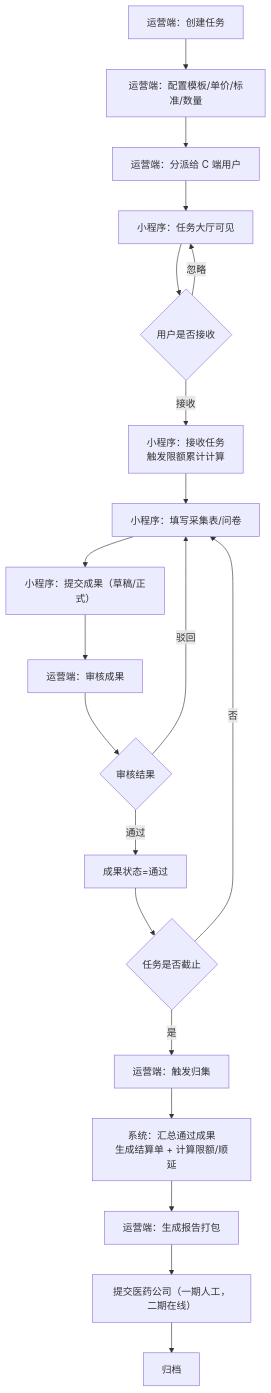
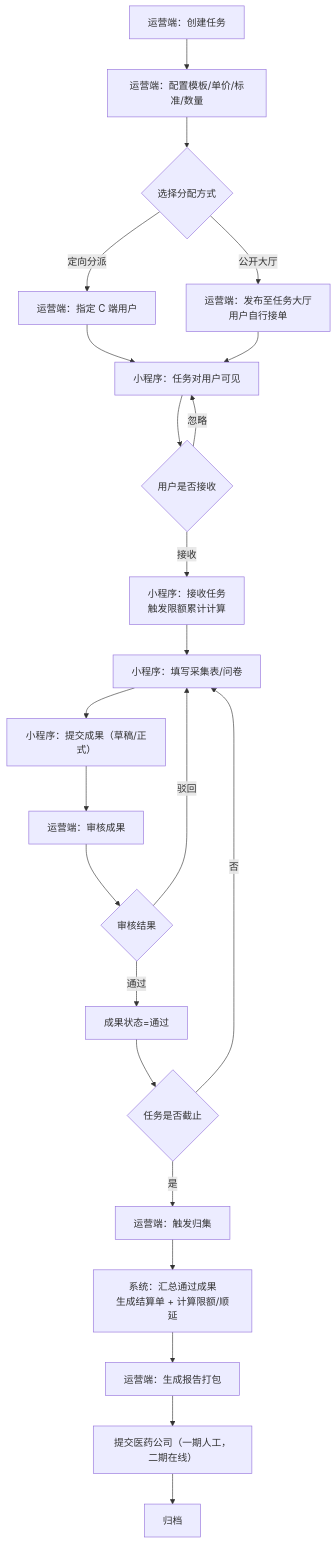
The first of 10 diagrams in docs/03-流程与状态流转.md (Echo-Note/FastapiAdmin), drawn with Mermaid before and after one commit. The commit also changed other lines of this file and 33 other files, not shown here.

````diff
--- a/docs/03-流程与状态流转.md
+++ b/docs/03-流程与状态流转.md
@@ -13,22 +13,25 @@
 ```mermaid
 flowchart TD
     A[运营端：创建任务] --> B[运营端：配置模板/单价/标准/数量]
-    B --> C[运营端：分派给 C 端用户]
-    C --> D[小程序：任务大厅可见]
+    B --> C{选择分配方式}
+    C -->|定向分派| C1[运营端：指定 C 端用户]
+    C -->|公开大厅| C2[运营端：发布至任务大厅<br/>用户自行接单]
+    C1 --> D[小程序：任务对用户可见]
+    C2 --> D
     D --> E{用户是否接收}
     E -->|接收| F[小程序：接收任务<br/>触发限额累计计算]
     E -->|忽略| D
     F --> G[小程序：填写采集表/问卷]
     G --> H[小程序：提交成果（草稿/正式）]
     H --> I[运营端：审核成果]
     I --> J{审核结果}
     J -->|通过| K[成果状态=通过]
     J -->|驳回| G
     K --> L{任务是否截止}
     L -->|否| G
     L -->|是| M[运营端：触发归集]
     M --> N[系统：汇总通过成果<br/>生成结算单 + 计算限额/顺延]
     N --> O[运营端：生成报告打包]
     O --> P[提交医药公司（一期人工，二期在线）]
     P --> Q[归档]
 ```
````
